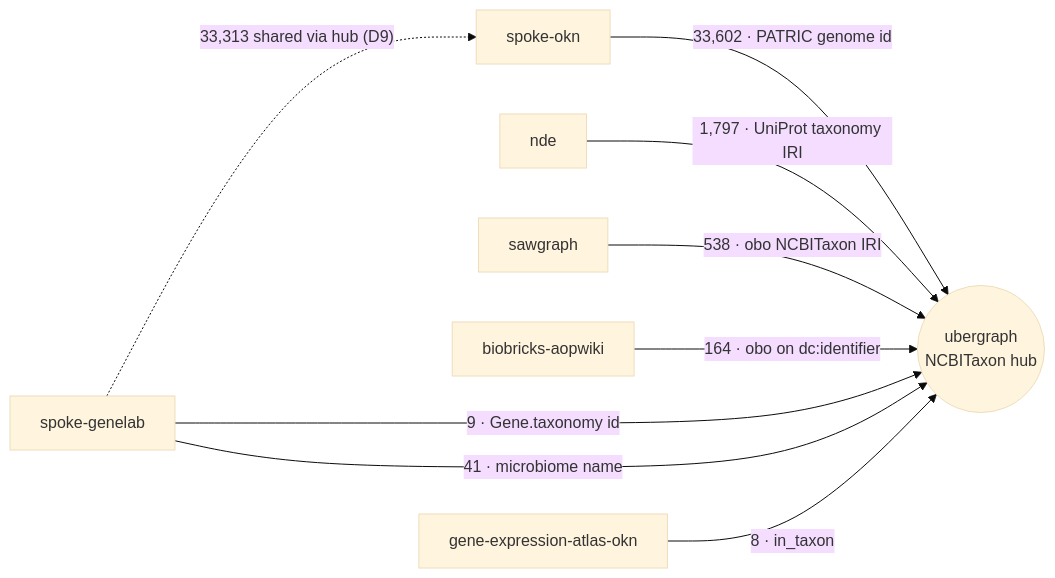
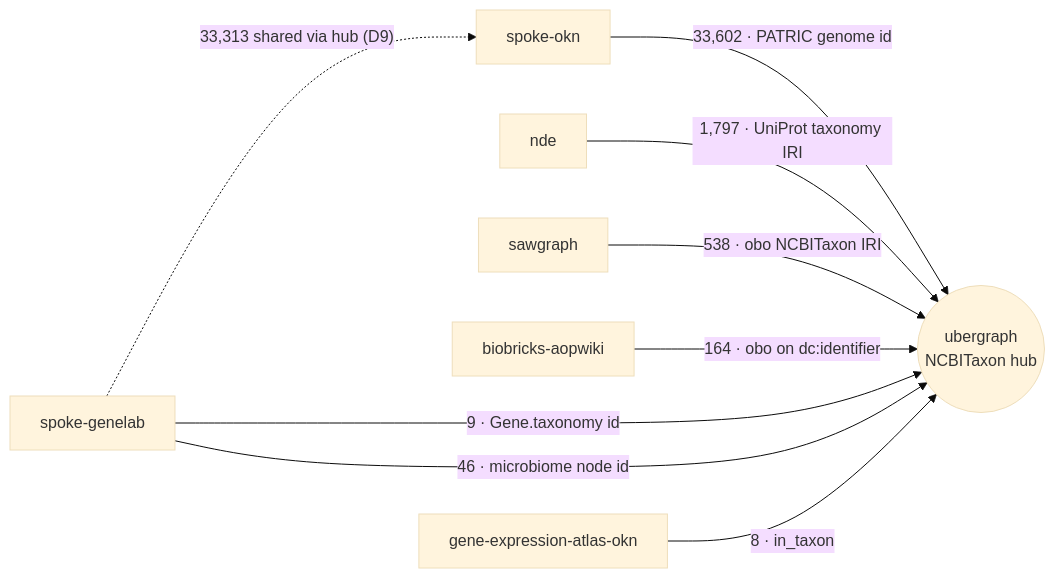
Before and after one commit to pwrose/mcp-okn: the diagram in README.md, drawn with Mermaid (base theme). The commit also changed other lines of this file and 5 other files, not shown here.

````diff
--- a/README.md
+++ b/README.md
@@ -191,20 +191,20 @@
 ```mermaid
 graph LR
   UB(("ubergraph<br/>NCBITaxon hub"))
   SOK["spoke-okn"]
   NDE["nde"]
   SAW["sawgraph"]
   AOP["biobricks-aopwiki"]
   GEN["spoke-genelab"]
   GXA["gene-expression-atlas-okn"]
 
   SOK -->|"33,602 · PATRIC genome id"| UB
   NDE -->|"1,797 · UniProt taxonomy IRI"| UB
   SAW -->|"538 · obo NCBITaxon IRI"| UB
   AOP -->|"164 · obo on dc:identifier"| UB
   GEN -->|"9 · Gene.taxonomy id"| UB
-  GEN -->|"41 · microbiome name"| UB
+  GEN -->|"46 · microbiome node id"| UB
   GXA -->|"8 · in_taxon"| UB
 
   GEN -. "33,313 shared via hub (D9)" .-> SOK
 ```
````
